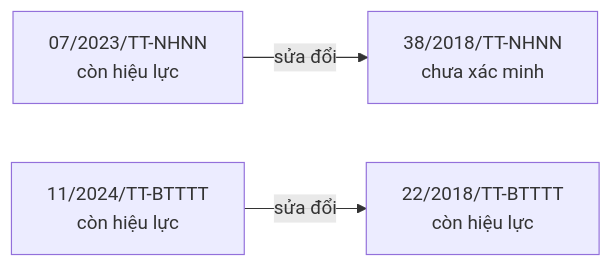
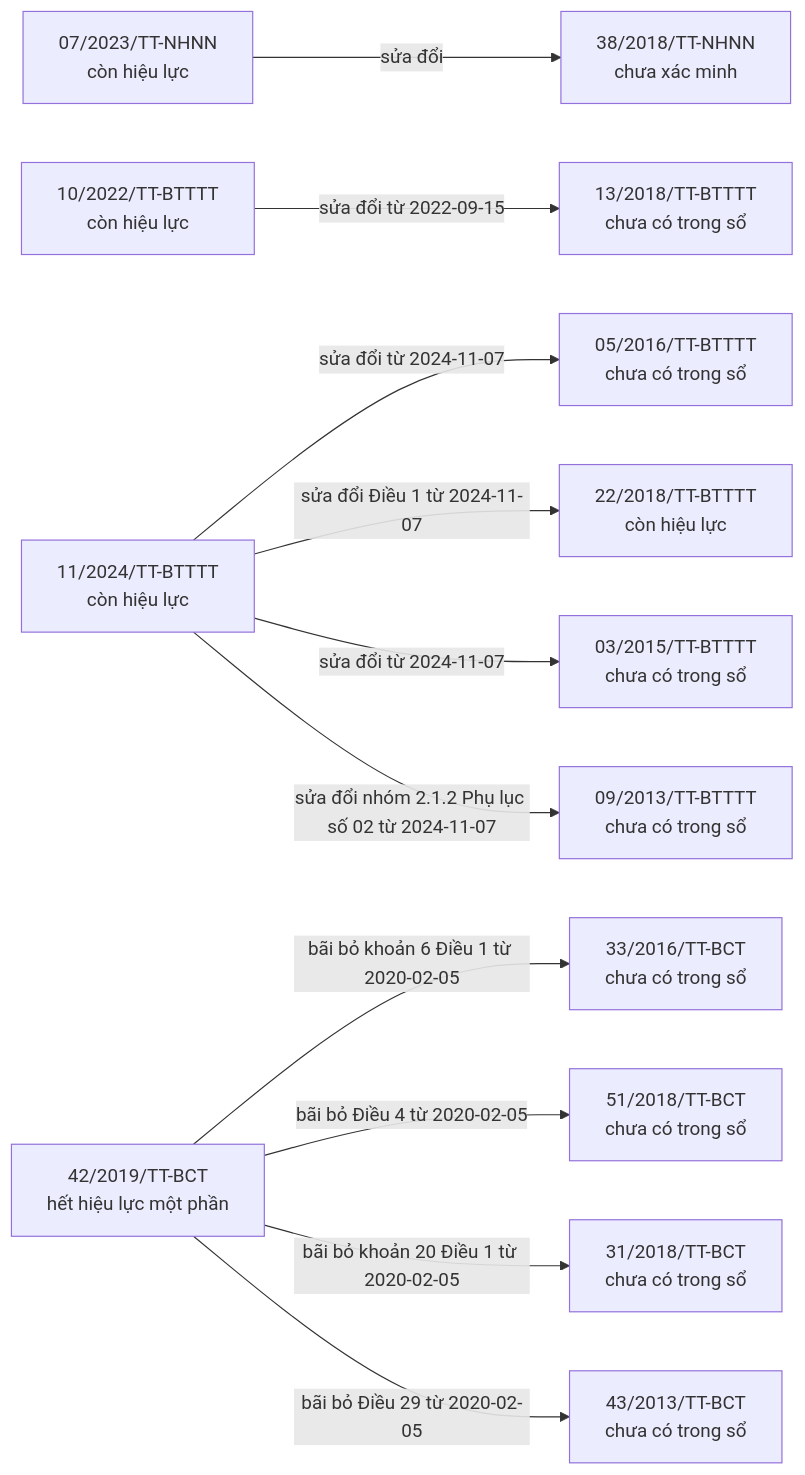
The first of 8 diagrams in bao-cao/quan-he.md (ozvietnam/oz-wiki-plhq), drawn with Mermaid before and after one commit. The commit also changed other lines of this file and 5 other files, not shown here.

````diff
--- a/bao-cao/quan-he.md
+++ b/bao-cao/quan-he.md
@@ -7,9 +7,27 @@
 ```mermaid
 flowchart LR
   n_07_2023_TT_NHNN["07/2023/TT-NHNN<br/>còn hiệu lực"]
   n_38_2018_TT_NHNN["38/2018/TT-NHNN<br/>chưa xác minh"]
+  n_10_2022_TT_BTTTT["10/2022/TT-BTTTT<br/>còn hiệu lực"]
+  n_13_2018_TT_BTTTT["13/2018/TT-BTTTT<br/>chưa có trong sổ"]
   n_11_2024_TT_BTTTT["11/2024/TT-BTTTT<br/>còn hiệu lực"]
+  n_05_2016_TT_BTTTT["05/2016/TT-BTTTT<br/>chưa có trong sổ"]
   n_22_2018_TT_BTTTT["22/2018/TT-BTTTT<br/>còn hiệu lực"]
+  n_03_2015_TT_BTTTT["03/2015/TT-BTTTT<br/>chưa có trong sổ"]
+  n_09_2013_TT_BTTTT["09/2013/TT-BTTTT<br/>chưa có trong sổ"]
+  n_42_2019_TT_BCT["42/2019/TT-BCT<br/>hết hiệu lực một phần"]
+  n_33_2016_TT_BCT["33/2016/TT-BCT<br/>chưa có trong sổ"]
+  n_51_2018_TT_BCT["51/2018/TT-BCT<br/>chưa có trong sổ"]
+  n_31_2018_TT_BCT["31/2018/TT-BCT<br/>chưa có trong sổ"]
+  n_43_2013_TT_BCT["43/2013/TT-BCT<br/>chưa có trong sổ"]
   n_07_2023_TT_NHNN -->|sửa đổi| n_38_2018_TT_NHNN
-  n_11_2024_TT_BTTTT -->|sửa đổi| n_22_2018_TT_BTTTT
+  n_10_2022_TT_BTTTT -->|sửa đổi từ 2022-09-15| n_13_2018_TT_BTTTT
+  n_11_2024_TT_BTTTT -->|sửa đổi từ 2024-11-07| n_05_2016_TT_BTTTT
+  n_11_2024_TT_BTTTT -->|sửa đổi Điều 1 từ 2024-11-07| n_22_2018_TT_BTTTT
+  n_11_2024_TT_BTTTT -->|sửa đổi từ 2024-11-07| n_03_2015_TT_BTTTT
+  n_11_2024_TT_BTTTT -->|sửa đổi nhóm 2.1.2 Phụ lục số 02 từ 2024-11-07| n_09_2013_TT_BTTTT
+  n_42_2019_TT_BCT -->|bãi bỏ khoản 6 Điều 1 từ 2020-02-05| n_33_2016_TT_BCT
+  n_42_2019_TT_BCT -->|bãi bỏ Điều 4 từ 2020-02-05| n_51_2018_TT_BCT
+  n_42_2019_TT_BCT -->|bãi bỏ khoản 20 Điều 1 từ 2020-02-05| n_31_2018_TT_BCT
+  n_42_2019_TT_BCT -->|bãi bỏ Điều 29 từ 2020-02-05| n_43_2013_TT_BCT
 ```
````
